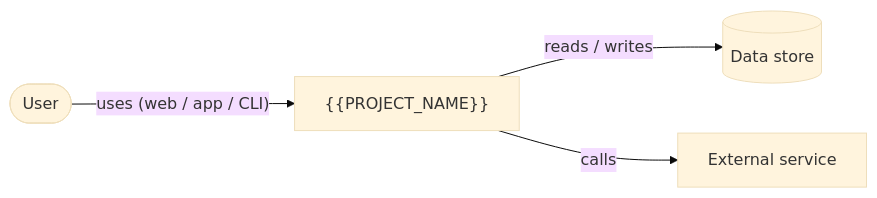
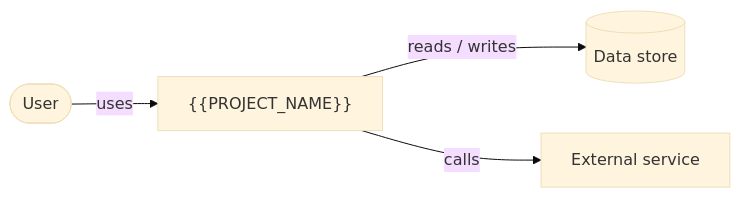
One commit to El-Sayed-Mustafa/visual-project-os changed the diagram in kit/.project-brain/system-overview.md. Above: the diagram before and after it, drawn with Mermaid (base theme). The commit also changed other lines of this file and 26 other files, not shown here.

Commit message:
Redesign viewer and add a writing budget: diagrams first, fewer words

````diff
--- a/kit/.project-brain/system-overview.md
+++ b/kit/.project-brain/system-overview.md
@@ -21,6 +9,6 @@
 ```mermaid
 flowchart LR
-  user(["User"]) -- "uses (web / app / CLI)" --> sys["{{PROJECT_NAME}}"]
+  user(["User"]) -- "uses" --> sys["{{PROJECT_NAME}}"]
   sys -- "reads / writes" --> store[("Data store")]
   sys -- "calls" --> ext["External service"]
 ```
````
